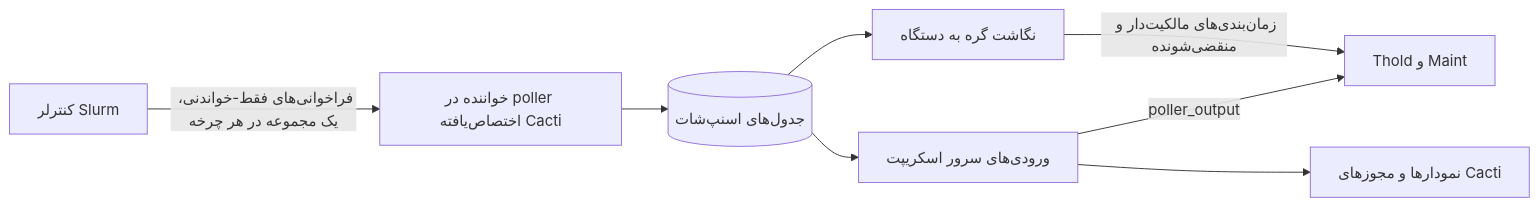
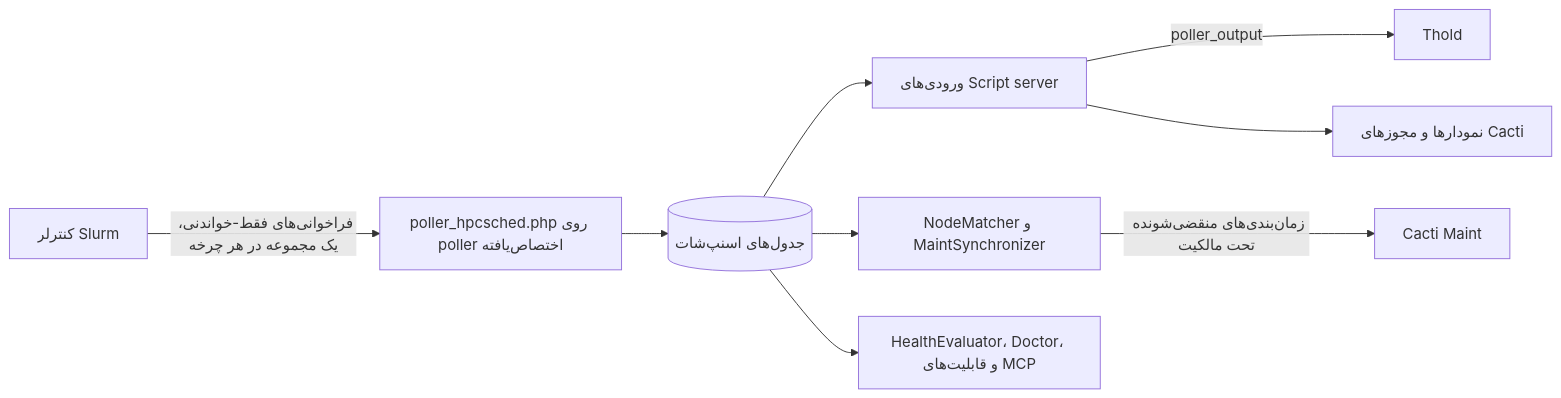
The diagram in docs/i18n/fa-IR/README.md (somethingwithproof/plugin_hpcsched), drawn with Mermaid before and after one commit. The commit also changed other lines of this file and 48 other files, not shown here.

````diff
--- a/docs/i18n/fa-IR/README.md
+++ b/docs/i18n/fa-IR/README.md
@@ -100,10 +163,11 @@
 ```mermaid
 flowchart LR
-    S["کنترلر Slurm"] -->|"فراخوانی‌های فقط-خواندنی، یک مجموعه در هر چرخه"| R["خواننده در poller اختصاص‌یافته Cacti"]
-    R --> SNAP[("جدول‌های اسنپ‌شات")]
-    SNAP --> SS["ورودی‌های سرور اسکریپت"]
-    SS -->|poller_output| T["Thold و Maint"]
-    SS --> G["نمودارها و مجوزهای Cacti"]
-    SNAP --> MAP["نگاشت گره به دستگاه"]
-    MAP -->|"زمان‌بندی‌های مالکیت‌دار و منقضی‌شونده"| T
+    S[کنترلر Slurm] -->|فراخوانی‌های فقط-خواندنی، یک مجموعه در هر چرخه| R[poller_hpcsched.php روی poller اختصاص‌یافته]
+    R --> SNAP[(جدول‌های اسنپ‌شات)]
+    SNAP --> SS[ورودی‌های Script server]
+    SS -->|poller_output| T[Thold]
+    SS --> G[نمودارها و مجوزهای Cacti]
+    SNAP --> MAP[NodeMatcher و MaintSynchronizer]
+    MAP -->|زمان‌بندی‌های منقضی‌شونده تحت مالکیت| M[Cacti Maint]
+    SNAP --> H[HealthEvaluator، Doctor، و قابلیت‌های MCP]
 ```
````
